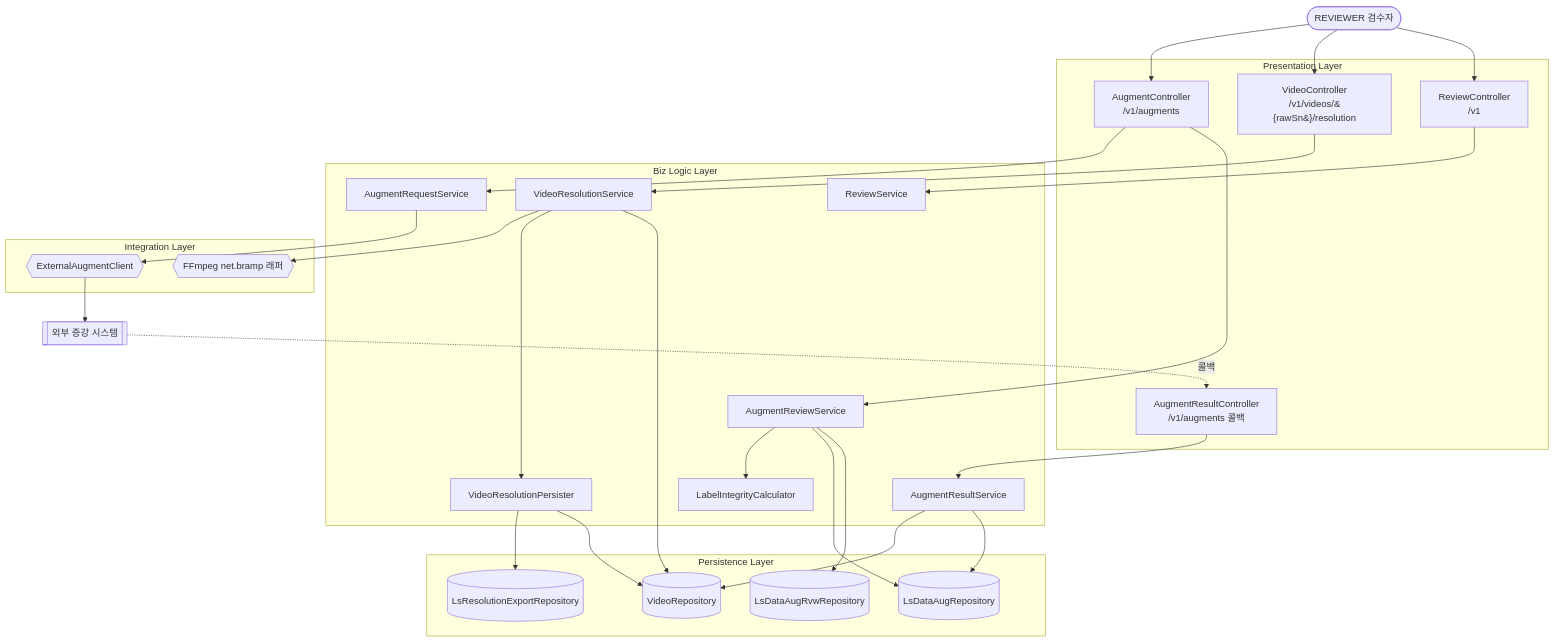
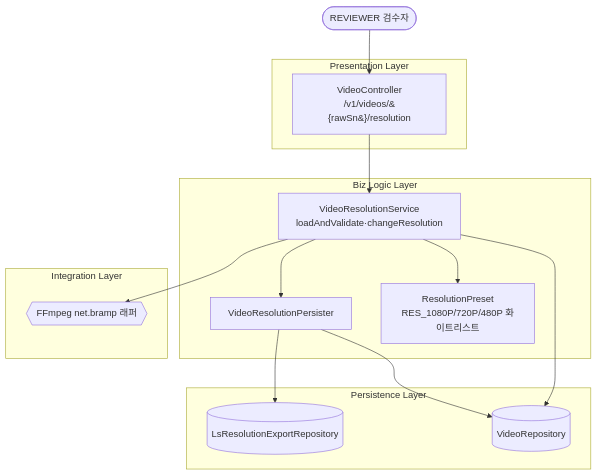
The third of 13 diagrams in docs/design/D3-컴포넌트설계서.md (New-stella/klid-label), drawn with Mermaid before and after one commit. The commit also changed other lines of this file, not shown here.

````diff
--- a/docs/design/D3-컴포넌트설계서.md
+++ b/docs/design/D3-컴포넌트설계서.md
@@ -51,56 +117,29 @@
 ```mermaid
 flowchart TB
   REVIEWER([REVIEWER 검수자])
-  EXT_AUG[["외부 증강 시스템"]]
 
   subgraph Presentation [Presentation Layer]
-    AugCtrl[AugmentController<br/>/v1/augments]
-    AugResCtrl[AugmentResultController<br/>/v1/augments 콜백]
     VidCtrl[VideoController<br/>/v1/videos/&#123;rawSn&#125;/resolution]
-    RvwCtrl[ReviewController<br/>/v1]
   end
-
   subgraph Biz [Biz Logic Layer]
-    AugReqSvc[AugmentRequestService]
-    AugRvwSvc[AugmentReviewService]
-    AugResSvc[AugmentResultService]
-    LblIntegrity[LabelIntegrityCalculator]
-    VidResSvc[VideoResolutionService]
+    VidResSvc[VideoResolutionService<br/>loadAndValidate·changeResolution]
     VidResPers[VideoResolutionPersister]
-    RvwSvc[ReviewService]
+    ResPreset[ResolutionPreset<br/>RES_1080P/720P/480P 화이트리스트]
   end
-
   subgraph Persistence [Persistence Layer]
-    AugRepo[(LsDataAugRepository)]
-    AugRvwRepo[(LsDataAugRvwRepository)]
     ResExpRepo[(LsResolutionExportRepository)]
     VidRepo[(VideoRepository)]
   end
-
   subgraph Integration [Integration Layer]
-    ExtAugClient{{ExternalAugmentClient}}
     Ffmpeg{{FFmpeg net.bramp 래퍼}}
   end
 
-  REVIEWER --> AugCtrl
   REVIEWER --> VidCtrl
-  REVIEWER --> RvwCtrl
-  AugCtrl --> AugReqSvc
-  AugCtrl --> AugRvwSvc
-  AugReqSvc --> ExtAugClient
-  ExtAugClient --> EXT_AUG
-  AugRvwSvc --> LblIntegrity
-  AugRvwSvc --> AugRepo
-  AugRvwSvc --> AugRvwRepo
-  EXT_AUG -.콜백.-> AugResCtrl
-  AugResCtrl --> AugResSvc
-  AugResSvc --> VidRepo
-  AugResSvc --> AugRepo
   VidCtrl --> VidResSvc
+  VidResSvc --> ResPreset
   VidResSvc --> Ffmpeg
   VidResSvc --> VidResPers
   VidResSvc --> VidRepo
   VidResPers --> ResExpRepo
   VidResPers --> VidRepo
-  RvwCtrl --> RvwSvc
 ```
````
